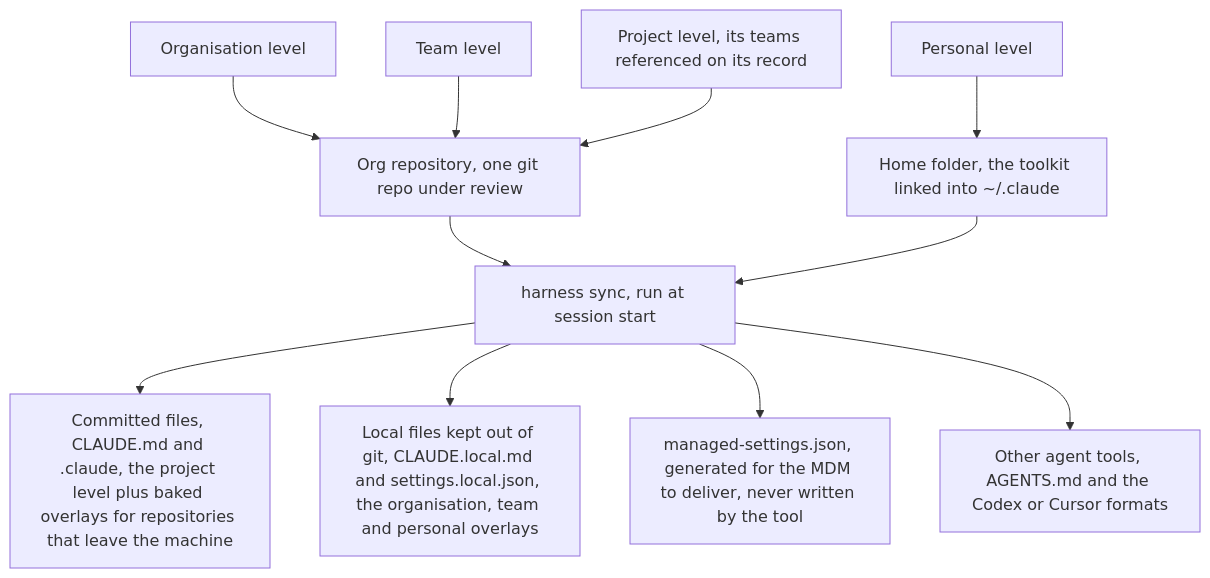
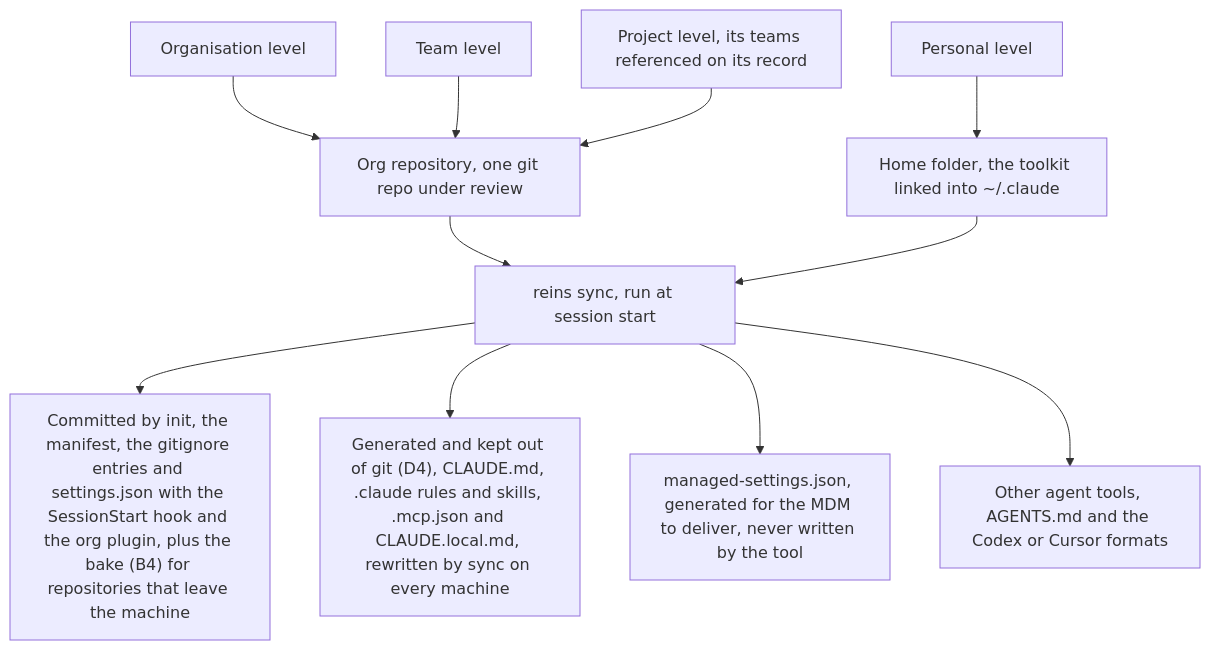
Before and after one commit to Danidani23/agents-rein: the second of 4 diagrams in docs/implementation_plans/2026-10-11_harness-distribution-tool.md, drawn with Mermaid. The commit also changed other lines of this file, not shown here.

First line of the commit message:
docs(plans): board and design for reins, the harness distribution tool

````diff
--- a/docs/implementation_plans/2026-10-11_harness-distribution-tool.md
+++ b/docs/implementation_plans/2026-10-11_harness-distribution-tool.md
@@ -222,13 +294,13 @@
 ```mermaid
 graph TD
   O["Organisation level"] --> S["Org repository, one git repo under review"]
   T["Team level"] --> S
   U["Personal level"] --> H["Home folder, the toolkit linked into ~/.claude"]
   P["Project level, its teams referenced on its record"] --> S
-  S --> X["harness sync, run at session start"]
+  S --> X["reins sync, run at session start"]
   H --> X
-  X --> CM["Committed files, CLAUDE.md and .claude, the project level plus baked overlays for repositories that leave the machine"]
-  X --> CL["Local files kept out of git, CLAUDE.local.md and settings.local.json, the organisation, team and personal overlays"]
+  X --> CM["Committed by init, the manifest, the gitignore entries and settings.json with the SessionStart hook and the org plugin, plus the bake (B4) for repositories that leave the machine"]
+  X --> CL["Generated and kept out of git (D4), CLAUDE.md, .claude rules and skills, .mcp.json and CLAUDE.local.md, rewritten by sync on every machine"]
   X --> MS["managed-settings.json, generated for the MDM to deliver, never written by the tool"]
   X --> OT["Other agent tools, AGENTS.md and the Codex or Cursor formats"]
 ```
````
